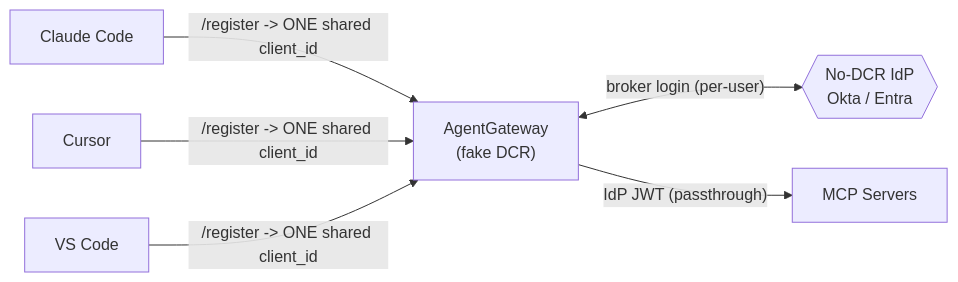
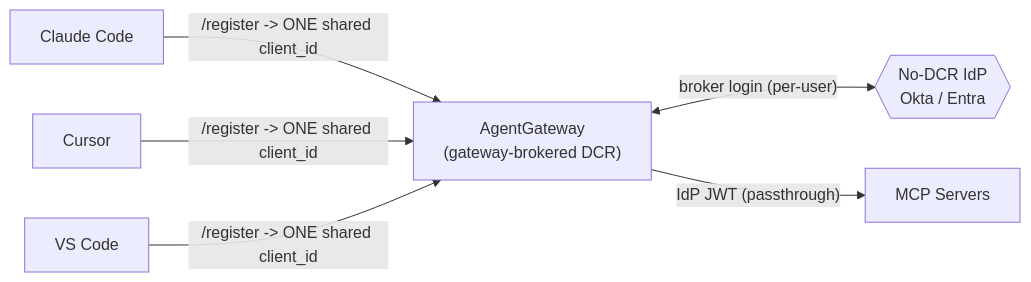
Before and after one commit to rvennam/agentgateway-auth-patterns: the third of 22 diagrams in README.md, drawn with Mermaid. The commit also changed other lines of this file and 2 other files, not shown here.

First line of the commit message:
Rename "fake DCR" -> "gateway-brokered DCR" across docs

````diff
--- a/README.md
+++ b/README.md
@@ -79,6 +79,6 @@
 ```mermaid
 flowchart LR
-  C1[Claude Code] & C2[Cursor] & C3[VS Code] -->|"/register -> ONE shared client_id"| AGW["AgentGateway<br/>(fake DCR)"]
+  C1[Claude Code] & C2[Cursor] & C3[VS Code] -->|"/register -> ONE shared client_id"| AGW["AgentGateway<br/>(gateway-brokered DCR)"]
   AGW <-->|"broker login (per-user)"| IDP{{No-DCR IdP<br/>Okta / Entra}}
   AGW -->|"IdP JWT (passthrough)"| MCP[MCP Servers]
 ```
````
